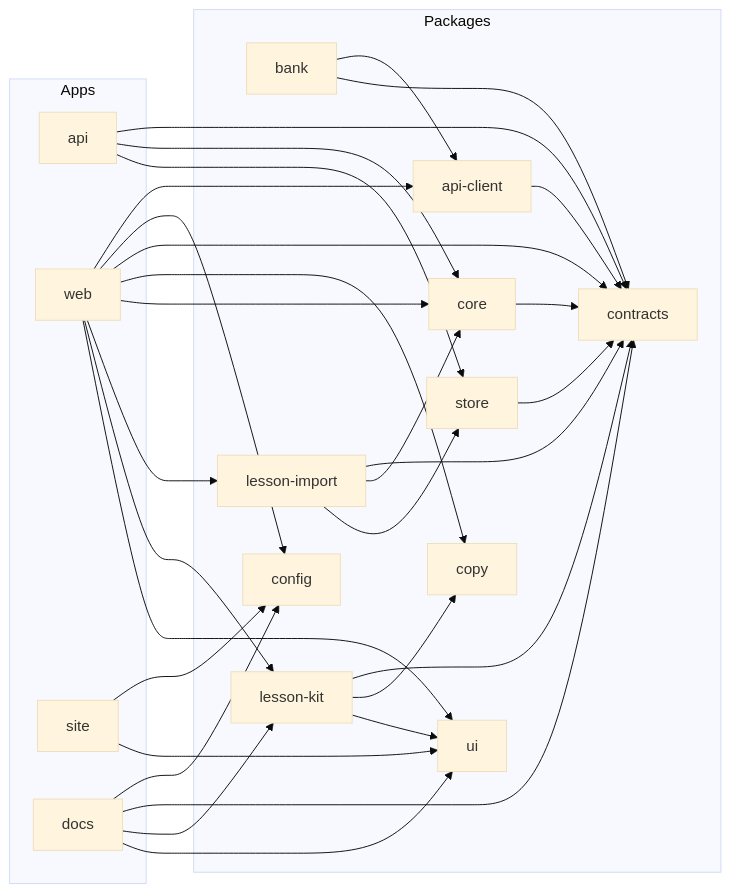
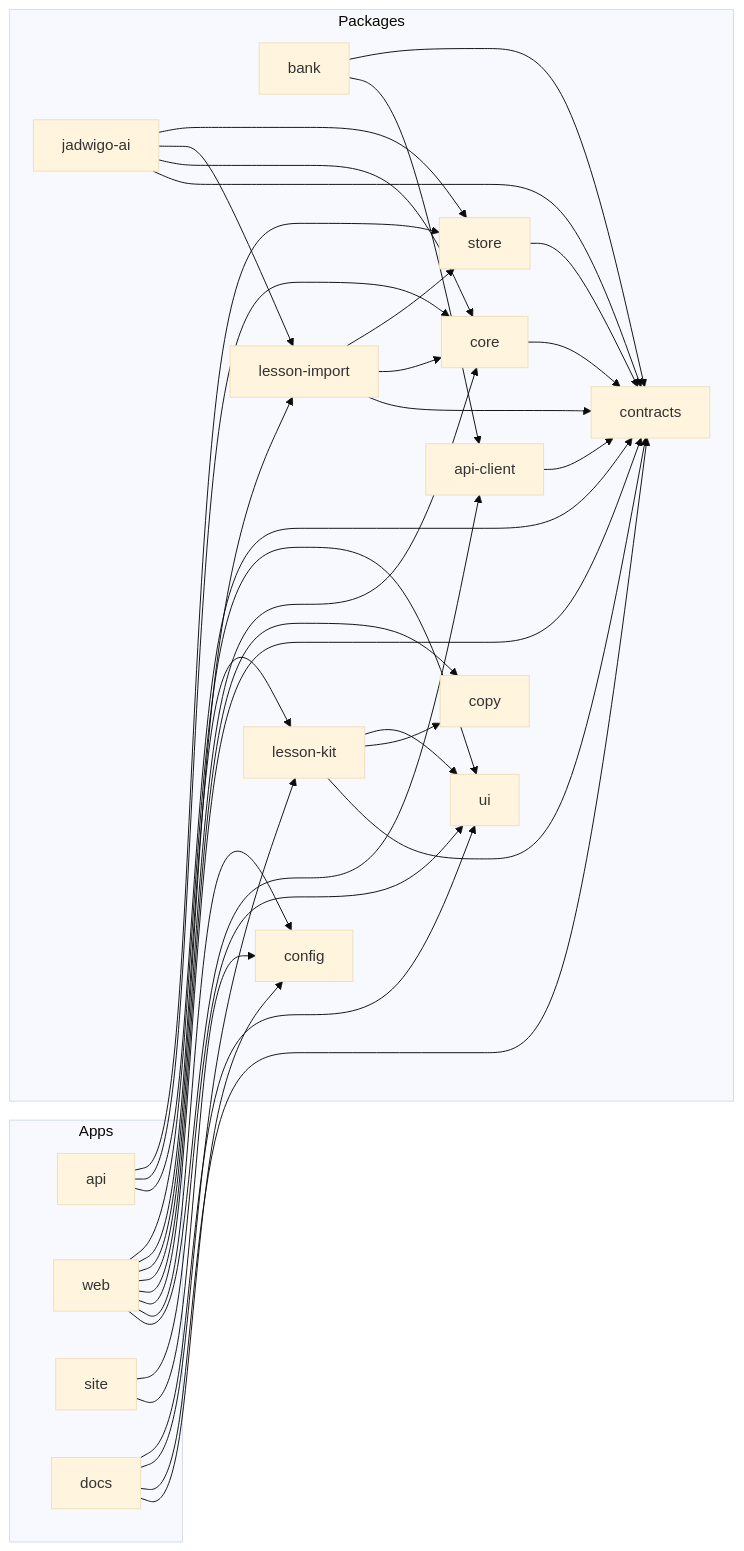
One commit to vasyl-stanislavchuk/jadwigo-hackathon changed the diagram in apps/docs/src/content/docs/architecture/monorepo.md. Above: the diagram before and after it, drawn with Mermaid (base theme). The commit also changed other lines of this file and 47 other files, not shown here.

Commit message:
dl-z5ja.12: engine wave 1 step 0: run contracts, the jadwigo-ai skeleton, stubs, golden logs, run.contract.ts and the frozen scenarios

````diff
--- a/apps/docs/src/content/docs/architecture/monorepo.md
+++ b/apps/docs/src/content/docs/architecture/monorepo.md
@@ -20,49 +20,54 @@
 ```mermaid
 flowchart LR
   subgraph apps [Apps]
     api
     web
     site
     docs
   end
   subgraph packages [Packages]
     api_client["api-client"]
     bank
     config
     contracts
     copy
     core
+    jadwigo_ai["jadwigo-ai"]
     lesson_import["lesson-import"]
     lesson_kit["lesson-kit"]
     store
     ui
   end
   api --> contracts
   api --> core
   api --> store
   web --> api_client
   web --> config
   web --> contracts
   web --> copy
   web --> core
   web --> lesson_import
   web --> lesson_kit
   web --> ui
   site --> config
   site --> ui
   docs --> config
   docs --> contracts
   docs --> lesson_kit
   docs --> ui
   api_client --> contracts
   bank --> api_client
   bank --> contracts
   core --> contracts
+  jadwigo_ai --> contracts
+  jadwigo_ai --> core
+  jadwigo_ai --> lesson_import
+  jadwigo_ai --> store
   lesson_import --> contracts
   lesson_import --> core
   lesson_import --> store
   lesson_kit --> contracts
   lesson_kit --> copy
   lesson_kit --> ui
   store --> contracts
 ```
````
